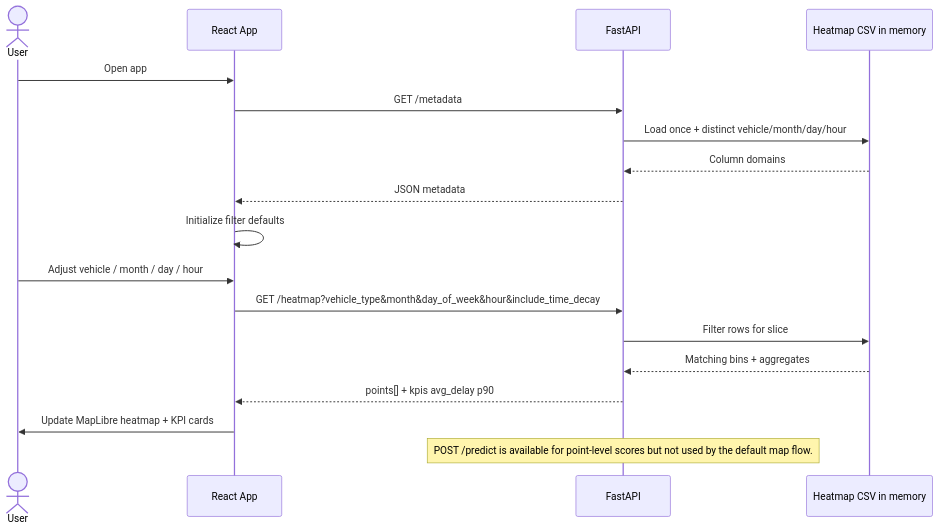
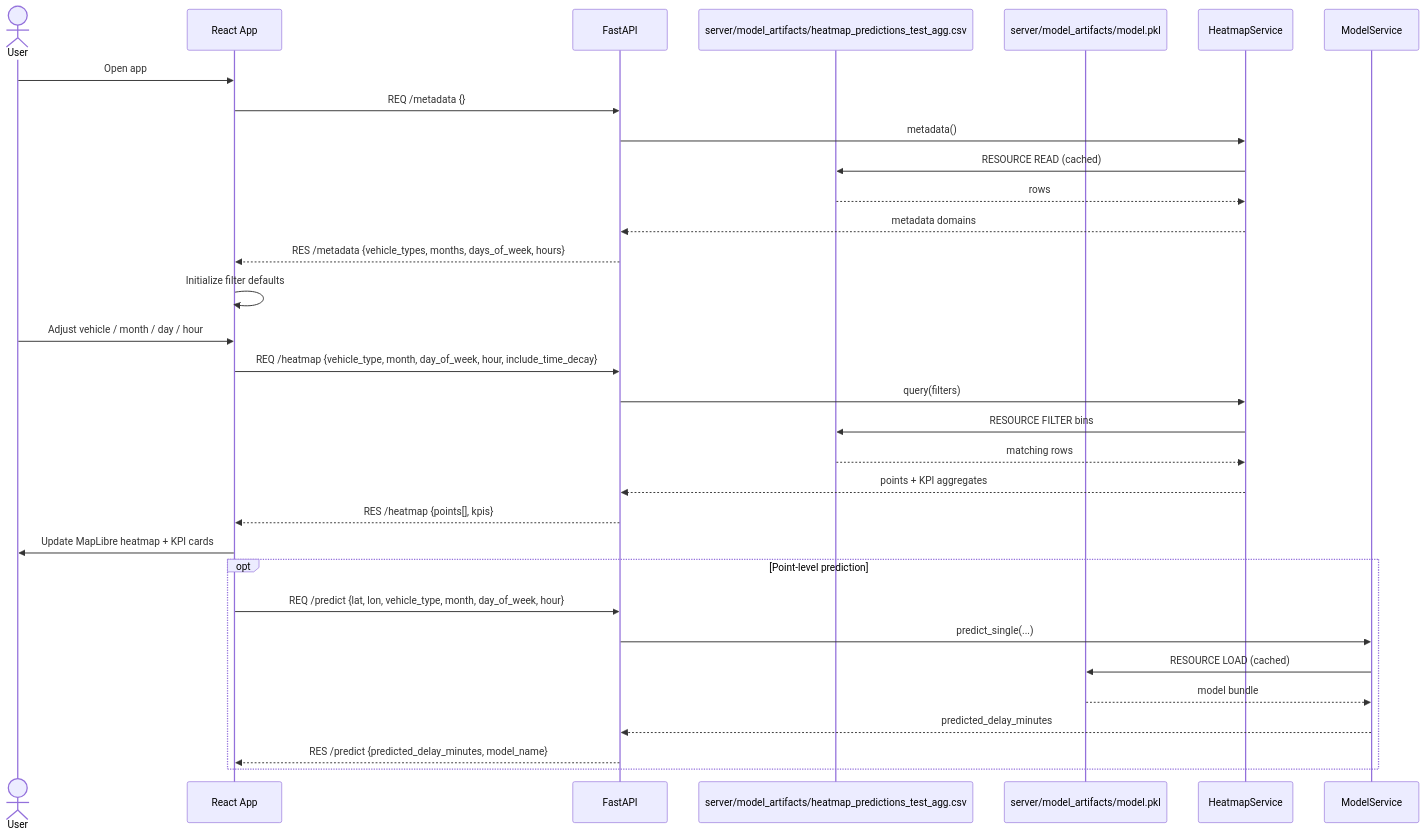
One commit to rosadigital/centennialCollege_AICapstoneProject changed the second of 3 diagrams in README.md. Above: the diagram before and after it, drawn with Mermaid. The commit also changed other lines of this file and 4 other files, not shown here.

First line of the commit message:
docs: update MCP-style diagrams and move artifact paths to server

````diff
--- a/README.md
+++ b/README.md
@@ -63,23 +72,37 @@
 ```mermaid
 sequenceDiagram
     actor User
     participant App as React App
     participant API as FastAPI
-    participant DF as Heatmap CSV in memory
+    participant HFile as server/model_artifacts/heatmap_predictions_test_agg.csv
+    participant MFile as server/model_artifacts/model.pkl
+    participant HSvc as HeatmapService
+    participant MSvc as ModelService
 
     User->>App: Open app
-    App->>API: GET /metadata
-    API->>DF: Load once + distinct vehicle/month/day/hour
-    DF-->>API: Column domains
-    API-->>App: JSON metadata
+    App->>API: REQ /metadata {}
+    API->>HSvc: metadata()
+    HSvc->>HFile: RESOURCE READ (cached)
+    HFile-->>HSvc: rows
+    HSvc-->>API: metadata domains
+    API-->>App: RES /metadata {vehicle_types, months, days_of_week, hours}
     App->>App: Initialize filter defaults
 
     User->>App: Adjust vehicle / month / day / hour
-    App->>API: GET /heatmap?vehicle_type&month&day_of_week&hour&include_time_decay
-    API->>DF: Filter rows for slice
-    DF-->>API: Matching bins + aggregates
-    API-->>App: points[] + kpis avg_delay p90
+    App->>API: REQ /heatmap {vehicle_type, month, day_of_week, hour, include_time_decay}
+    API->>HSvc: query(filters)
+    HSvc->>HFile: RESOURCE FILTER bins
+    HFile-->>HSvc: matching rows
+    HSvc-->>API: points + KPI aggregates
+    API-->>App: RES /heatmap {points[], kpis}
     App->>User: Update MapLibre heatmap + KPI cards
 
-    Note over API: POST /predict is available for point-level scores but not used by the default map flow.
+    opt Point-level prediction
+        App->>API: REQ /predict {lat, lon, vehicle_type, month, day_of_week, hour}
+        API->>MSvc: predict_single(...)
+        MSvc->>MFile: RESOURCE LOAD (cached)
+        MFile-->>MSvc: model bundle
+        MSvc-->>API: predicted_delay_minutes
+        API-->>App: RES /predict {predicted_delay_minutes, model_name}
+    end
 ```
````
